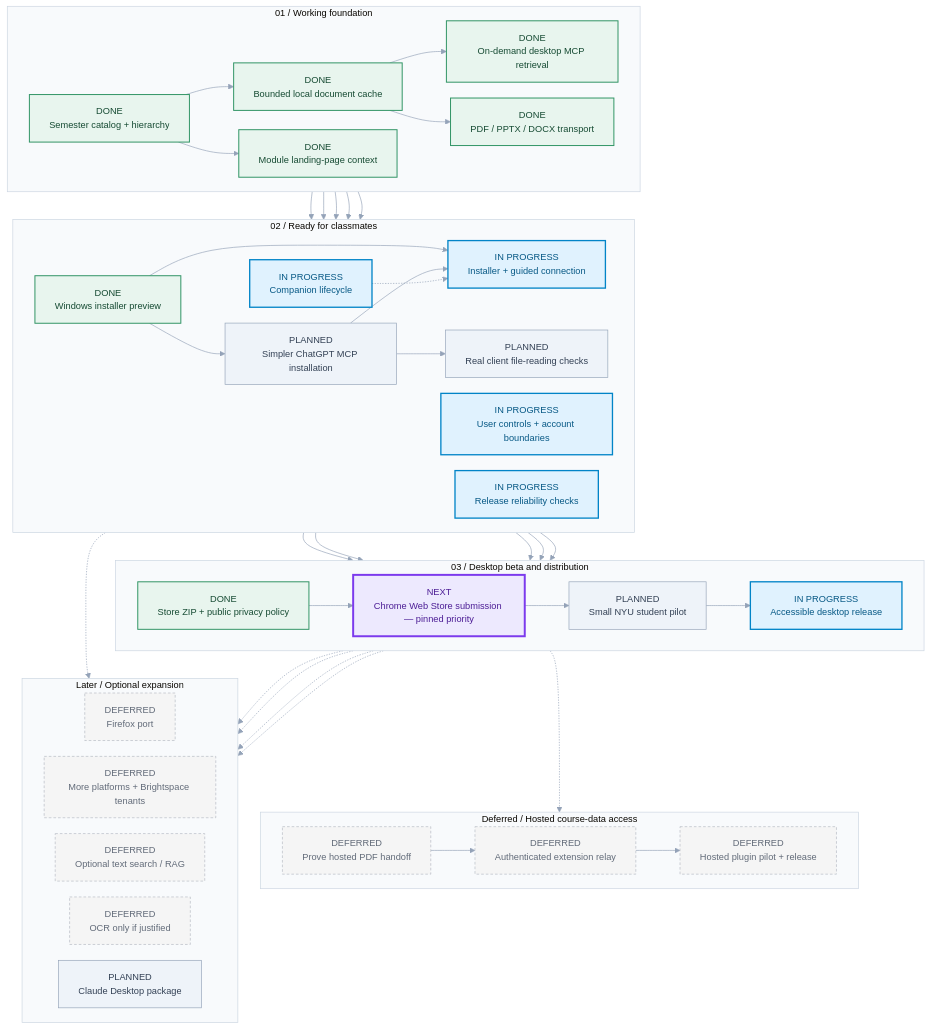
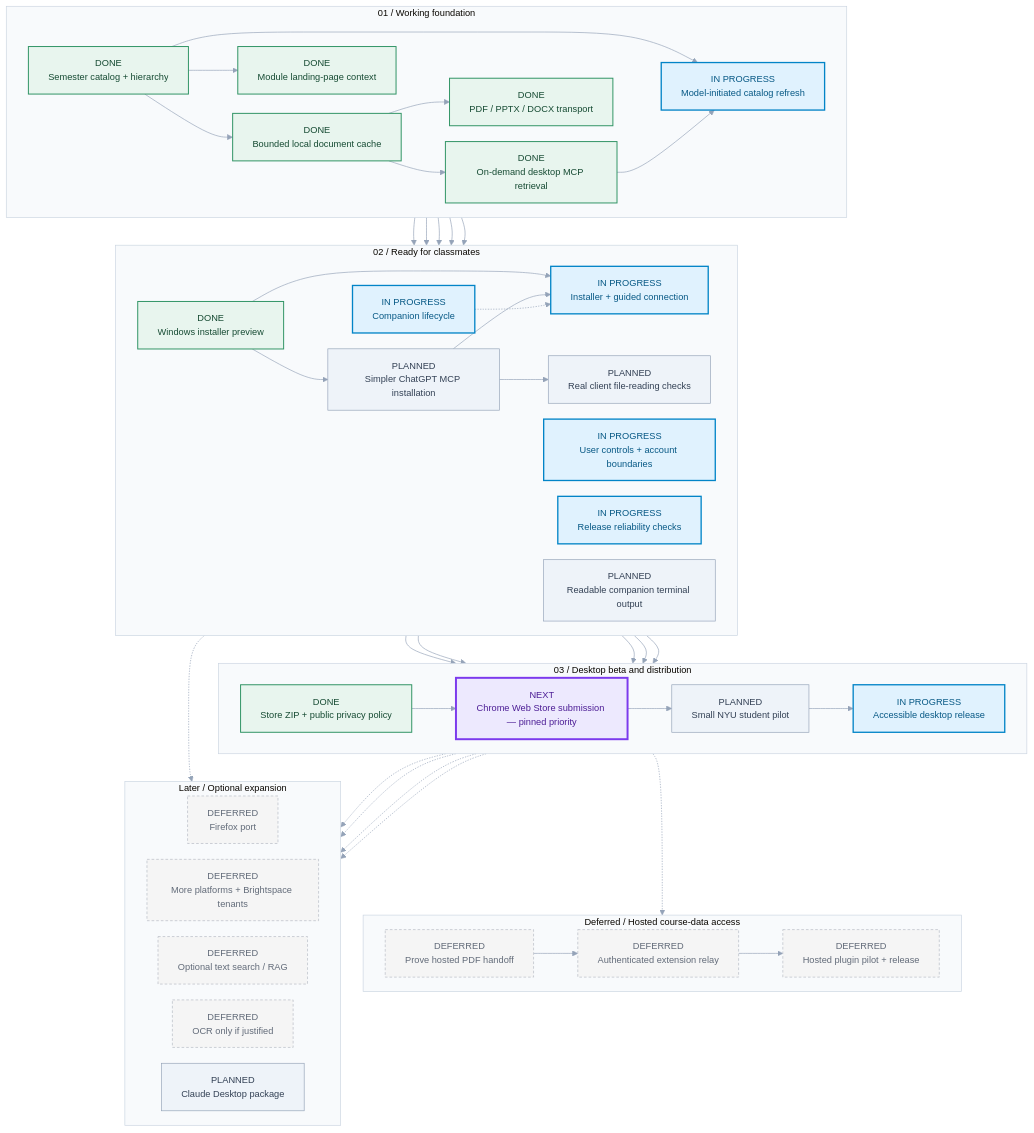
One commit to khin101wastaken/brightspace-context changed the diagram in docs/ROADMAP.md. Above: the diagram before and after it, drawn with Mermaid. The commit also changed other lines of this file and 55 other files, not shown here.

Commit message:
Prepare 0.9.1 UI, autonomous catalog sync and store submission

```diff
--- a/docs/ROADMAP.md
+++ b/docs/ROADMAP.md
@@ -17,6 +17,7 @@
     m_catalog["DONE<br/>Semester catalog + hierarchy"]:::done
     m_cache["DONE<br/>Bounded local document cache"]:::done
     m_retrieval["DONE<br/>On-demand desktop MCP retrieval"]:::done
+    m_catalog_sync["IN PROGRESS<br/>Model-initiated catalog refresh"]:::in_progress
     m_formats["DONE<br/>PDF / PPTX / DOCX transport"]:::done
     m_module_notes["DONE<br/>Module landing-page context"]:::done
   end
@@ -29,6 +30,7 @@
     m_installer["DONE<br/>Windows installer preview"]:::done
     m_mcp_install["PLANNED<br/>Simpler ChatGPT MCP installation"]:::planned
     m_file_readers["PLANNED<br/>Real client file-reading checks"]:::planned
+    m_terminal_readability["PLANNED<br/>Readable companion terminal output"]:::planned
   end
   subgraph p_release["03 / Desktop beta and distribution"]
     direction LR
@@ -81,6 +83,8 @@
   m_store_assets --> m_store_listing
   m_store_listing --> m_pilot
   m_installer -.-> m_claude
+  m_catalog --> m_catalog_sync
+  m_retrieval --> m_catalog_sync
   classDef done fill:#e8f5ee,stroke:#319465,color:#164b33,stroke-width:1.5px;
   classDef in_progress fill:#e0f2fe,stroke:#0284c7,color:#075985,stroke-width:2px;
   classDef next fill:#ede9fe,stroke:#7c3aed,color:#4c1d95,stroke-width:3px;
```
